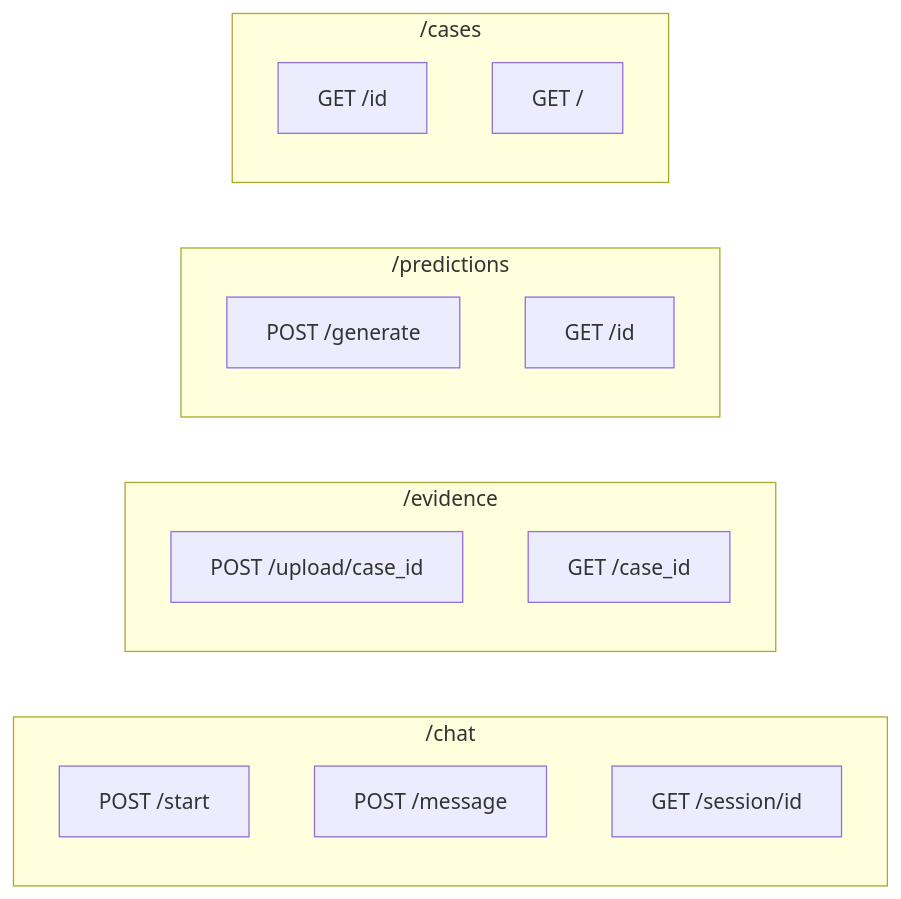
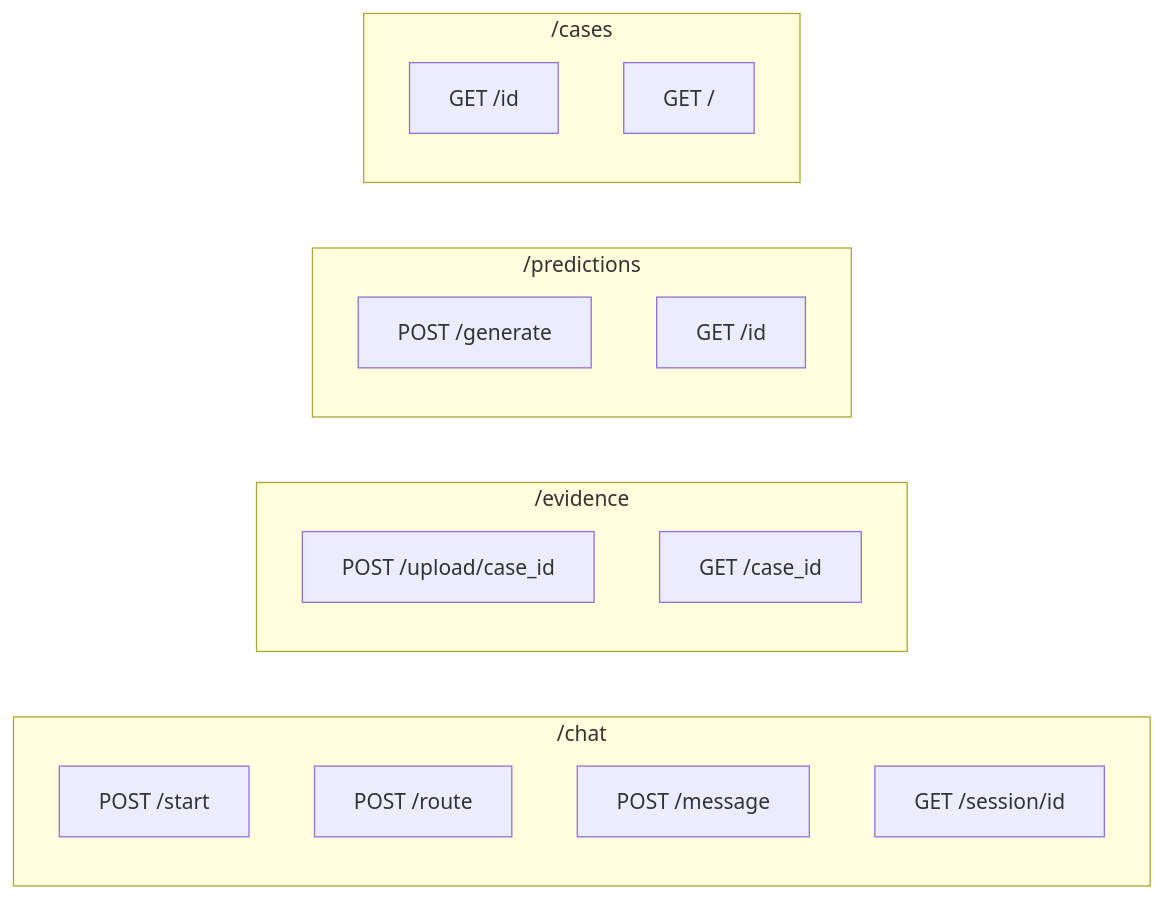
One commit to MSH4R1F/proposer changed the second of 2 diagrams in apps/api/README.md. Above: the diagram before and after it, drawn with Mermaid. The commit also changed other lines of this file and 9 other files, not shown here.

````diff
--- a/apps/api/README.md
+++ b/apps/api/README.md
@@ -22,23 +29,24 @@
 ```mermaid
 flowchart LR
     subgraph Chat["/chat"]
         Start[POST /start]
+        Route[POST /route]
         Message[POST /message]
         Session[GET /session/id]
     end
 
     subgraph Evidence["/evidence"]
         Upload[POST /upload/case_id]
         List[GET /case_id]
     end
 
     subgraph Predictions["/predictions"]
         Generate[POST /generate]
         Get[GET /id]
     end
 
     subgraph Cases["/cases"]
         GetCase[GET /id]
         ListCases[GET /]
     end
 ```
````
